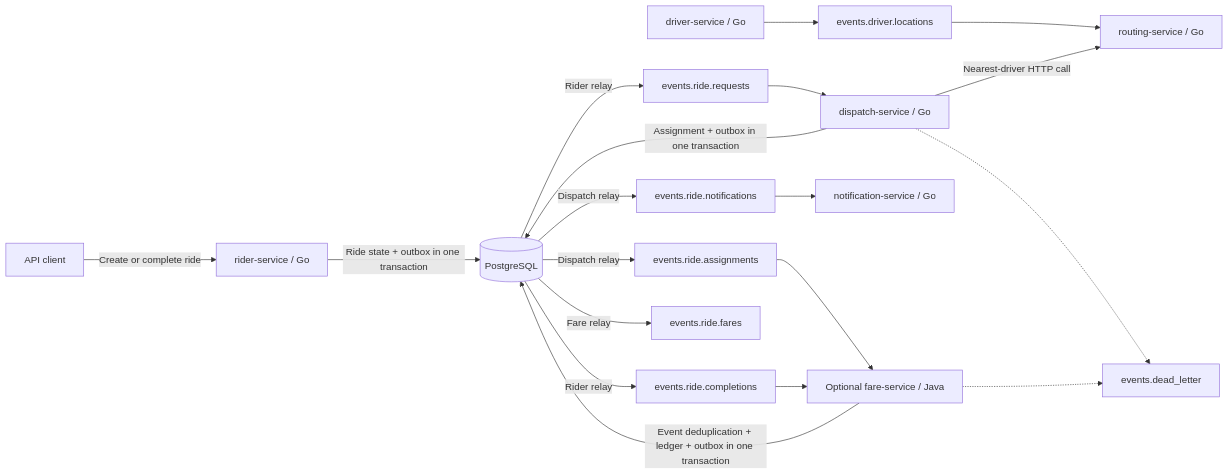
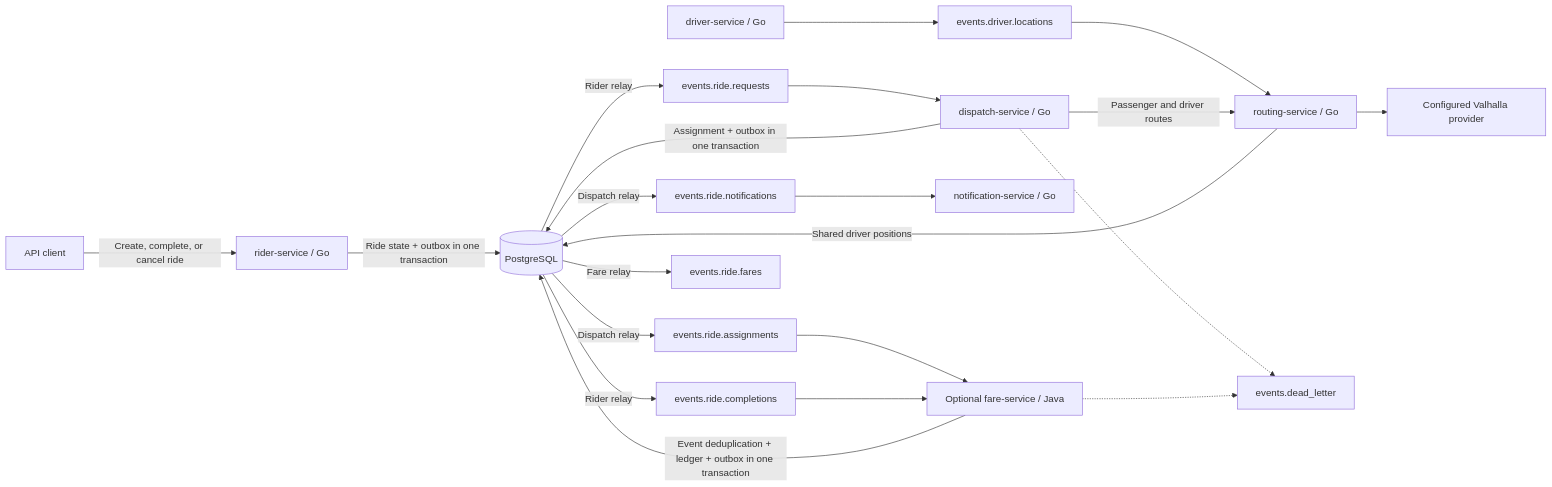
The diagram in README.md (96528025/MetroRide), drawn with Mermaid before and after one commit. The commit also changed other lines of this file and 11 other files, not shown here.

````diff
--- a/README.md
+++ b/README.md
@@ -67,21 +66,23 @@
 ```mermaid
 flowchart LR
-    C[API client] -->|Create or complete ride| Rider[rider-service / Go]
+    C[API client] -->|Create, complete, or cancel ride| Rider[rider-service / Go]
     Rider -->|Ride state + outbox in one transaction| DB[(PostgreSQL)]
     DB -->|Rider relay| Requests[events.ride.requests]
     Requests --> Dispatch[dispatch-service / Go]
     Driver[driver-service / Go] --> Locations[events.driver.locations]
     Locations --> Routing[routing-service / Go]
-    Dispatch -->|Nearest-driver HTTP call| Routing
+    Routing -->|Shared driver positions| DB
+    Routing --> Provider[Configured Valhalla provider]
+    Dispatch -->|Passenger and driver routes| Routing
     Dispatch -->|Assignment + outbox in one transaction| DB
     DB -->|Dispatch relay| Assignments[events.ride.assignments]
     DB -->|Dispatch relay| Notifications[events.ride.notifications]
     Notifications --> Notify[notification-service / Go]
     DB -->|Rider relay| Completions[events.ride.completions]
     Assignments --> Fare[Optional fare-service / Java]
     Completions --> Fare
     Fare -->|Event deduplication + ledger + outbox in one transaction| DB
     DB -->|Fare relay| Fares[events.ride.fares]
     Dispatch -.-> DLQ[events.dead_letter]
     Fare -.-> DLQ
 ```
````
